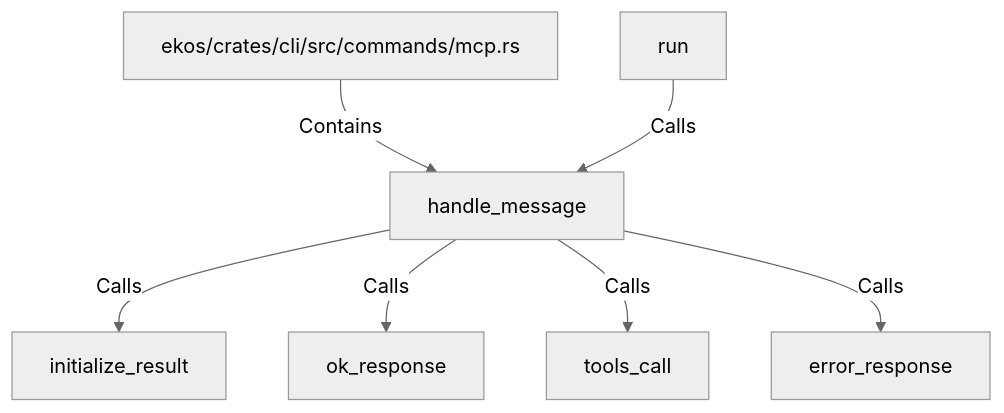
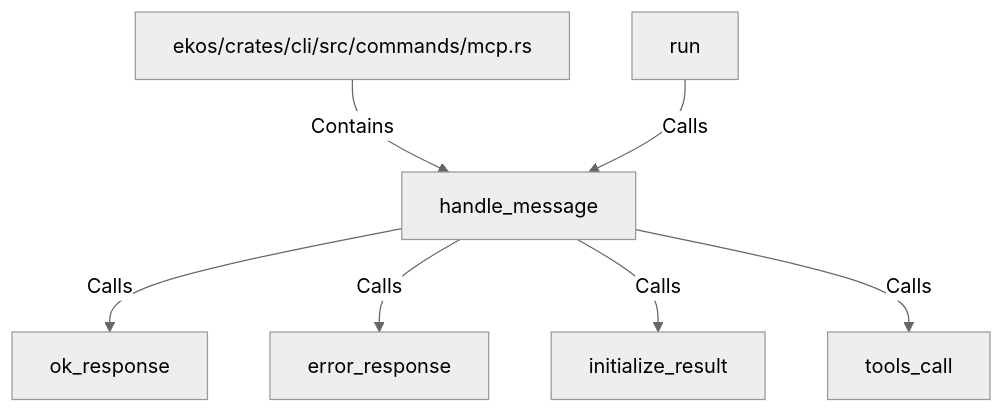
Before and after one commit to alexeyban/EKOS: the diagram in doc/entities/rustsymbol/ha/handle-message.md, drawn with Mermaid (neutral theme). The commit also changed other lines of this file and 552 other files, not shown here.

````diff
--- a/doc/entities/rustsymbol/ha/handle-message.md
+++ b/doc/entities/rustsymbol/ha/handle-message.md
@@ -25,16 +25,16 @@
 ```mermaid
 graph TD
     n98d3a1757e2f5ae182edc0036ee6a6f5["handle_message"]
     nff76bb7392855295927c5cb33a5bbc25["ekos/crates/cli/src/commands/mcp.rs"]
     nff76bb7392855295927c5cb33a5bbc25 -->|Contains| n98d3a1757e2f5ae182edc0036ee6a6f5
     n6891f75cd8b956a39f17a6ae5a79a3b7["run"]
     n6891f75cd8b956a39f17a6ae5a79a3b7 -->|Calls| n98d3a1757e2f5ae182edc0036ee6a6f5
+    n75923916379c5b98a9b4c4b9264c6d2d["ok_response"]
+    n98d3a1757e2f5ae182edc0036ee6a6f5 -->|Calls| n75923916379c5b98a9b4c4b9264c6d2d
+    n6e38d86221345ff9917b9c7c56f49a8e["error_response"]
+    n98d3a1757e2f5ae182edc0036ee6a6f5 -->|Calls| n6e38d86221345ff9917b9c7c56f49a8e
     n45c28e0c51c3541d899dfdef70b6efb8["initialize_result"]
     n98d3a1757e2f5ae182edc0036ee6a6f5 -->|Calls| n45c28e0c51c3541d899dfdef70b6efb8
-    n75923916379c5b98a9b4c4b9264c6d2d["ok_response"]
-    n98d3a1757e2f5ae182edc0036ee6a6f5 -->|Calls| n75923916379c5b98a9b4c4b9264c6d2d
     n524402504db85d198d69bf98b9de4bd1["tools_call"]
     n98d3a1757e2f5ae182edc0036ee6a6f5 -->|Calls| n524402504db85d198d69bf98b9de4bd1
-    n6e38d86221345ff9917b9c7c56f49a8e["error_response"]
-    n98d3a1757e2f5ae182edc0036ee6a6f5 -->|Calls| n6e38d86221345ff9917b9c7c56f49a8e
 ```
````
